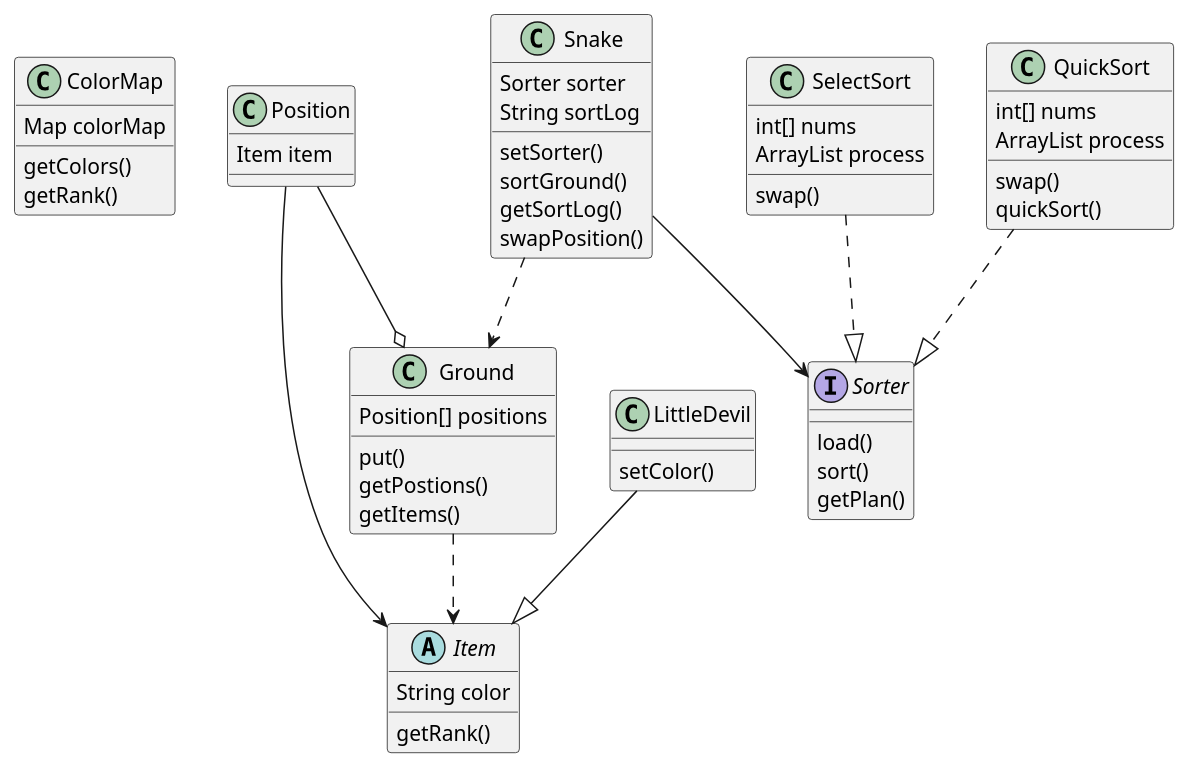
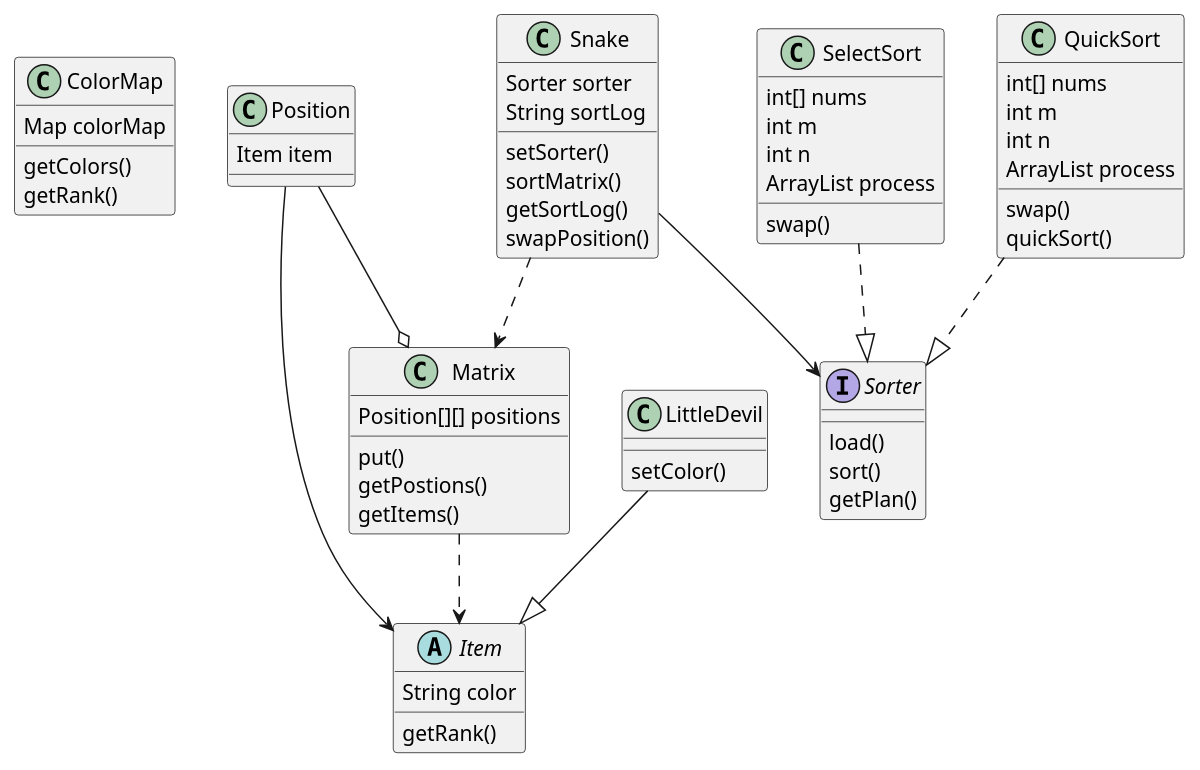
Before and after one commit to jwork-2021-attic/jw02-BanpinLi: the diagram in task3/uml/character.pu, drawn with PlantUML. The commit also changed 15 other files, not shown here.

```diff
--- a/task3/uml/character.pu
+++ b/task3/uml/character.pu
@@ -1,80 +1,84 @@
 @startuml
 
 
 class ColorMap {
     Map colorMap
 
     getColors()
     getRank()
 }
 
-class Ground {
-    Position[] positions
+class Matrix {
+    Position[][] positions
 
     put()
     getPostions()
     getItems()
 }
 
 class Position {
     Item item
 }
 
 abstract class Item {
     String color
 
     getRank()
 }
 
 class LittleDevil {
     setColor()
 }
 
 interface Sorter {
     load()
     sort()
     getPlan()
 }
 
 class SelectSort {
     int[] nums
+    int m 
+    int n
     ArrayList process
 
     swap()
 }
 
 class QuickSort {
     int[] nums
+    int m 
+    int n 
     ArrayList process
 
     swap()
     quickSort()
 }
 
 class Snake {
     Sorter sorter
     String sortLog
 
     setSorter()
-    sortGround()
+    sortMatrix()
     getSortLog()
     swapPosition()
 }
 
 SelectSort ..|> Sorter
 
 QuickSort ..|> Sorter
 
 Snake --> Sorter
 
-Snake ..> Ground
+Snake ..> Matrix
 
-Ground ..> Item
+Matrix ..> Item
 
-Position --o Ground
+Position --o Matrix
 
 Position --> Item
 
 LittleDevil --|> Item
 
 @enduml
```
